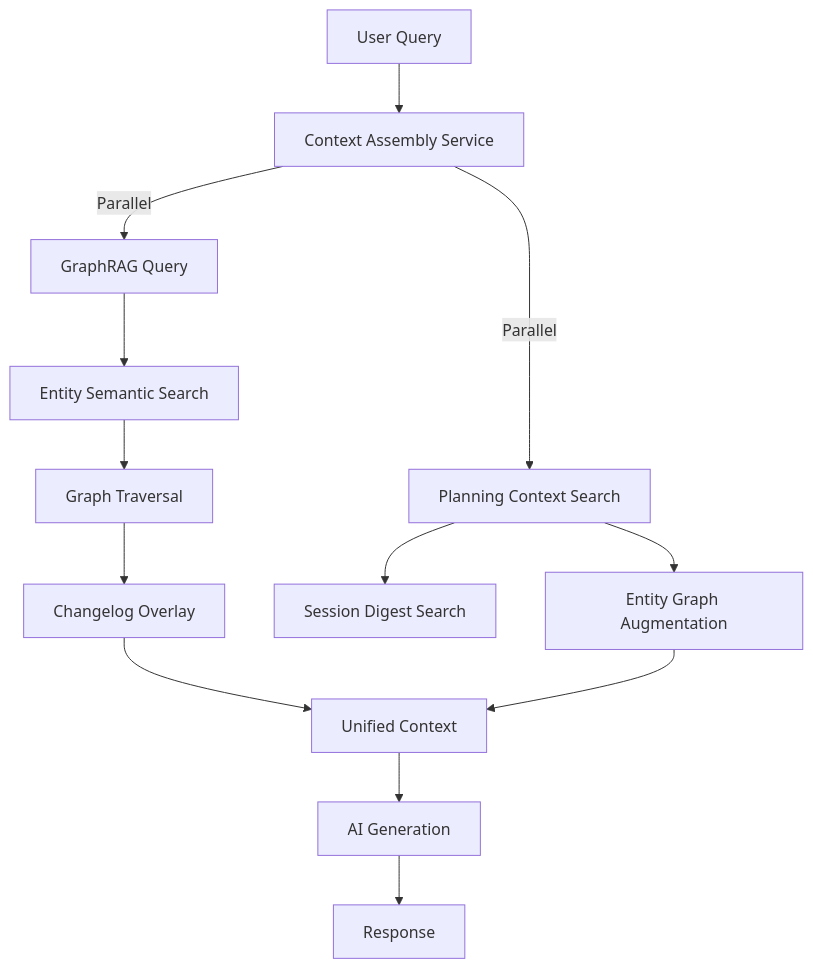
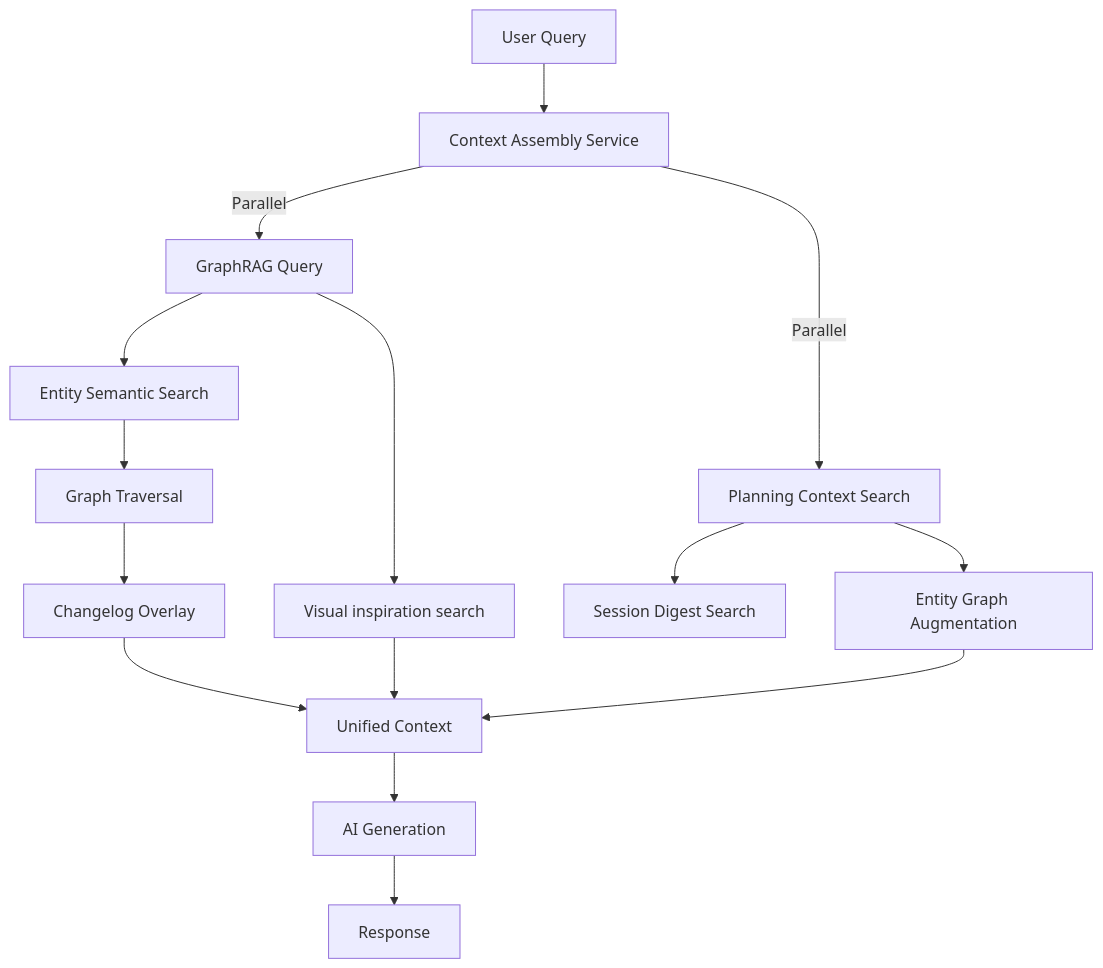
The sixth of 7 diagrams in docs/ARCHITECTURE.md (ofisk/loresmith-ai), drawn with Mermaid before and after one commit. The commit also changed other lines of this file and 12 other files, not shown here.

````diff
--- a/docs/ARCHITECTURE.md
+++ b/docs/ARCHITECTURE.md
@@ -243,15 +249,17 @@
 ```mermaid
 graph TB
     A[User Query] --> B[Context Assembly Service]
     B -->|Parallel| C[GraphRAG Query]
     B -->|Parallel| D[Planning Context Search]
     C --> E[Entity Semantic Search]
+    C --> M[Visual inspiration search]
     E --> F[Graph Traversal]
     F --> G[Changelog Overlay]
     D --> H[Session Digest Search]
     D --> I[Entity Graph Augmentation]
     G --> J[Unified Context]
+    M --> J
     I --> J
     J --> K[AI Generation]
     K --> L[Response]
 ```
````
